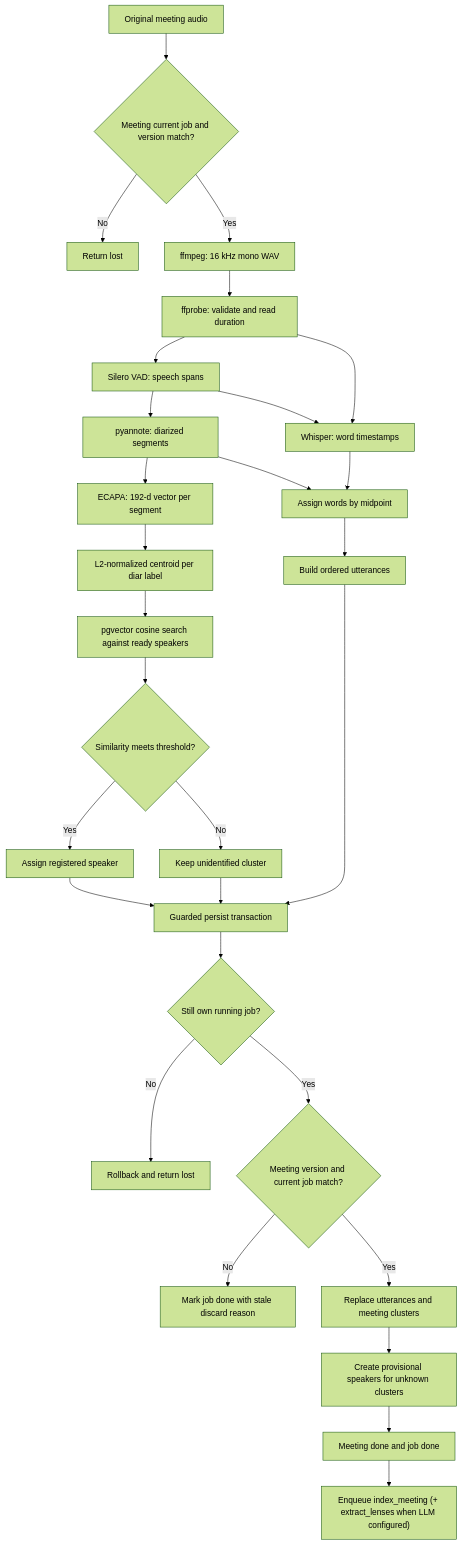
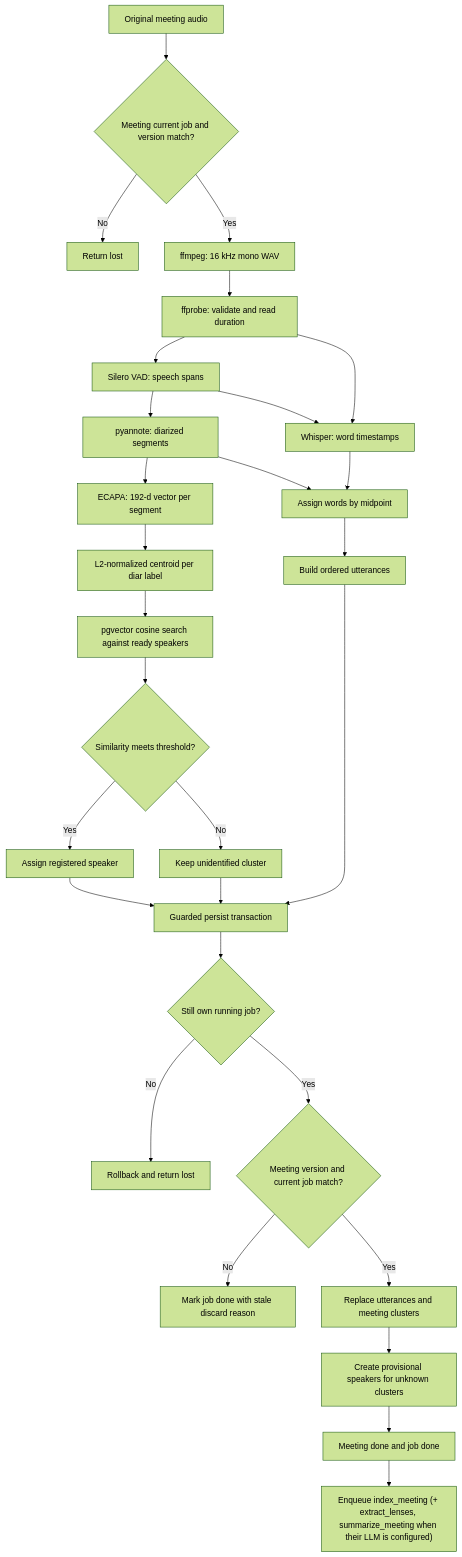
The fourth of 8 diagrams in be/docs/worker-architecture.md (Yjason-K/Damwha), drawn with Mermaid (forest theme) before and after one commit. The commit also changed other lines of this file and 2 other files, not shown here.

First line of the commit message:
docs: summarize_meeting 잡과 요약 불변식 기록

````diff
--- a/be/docs/worker-architecture.md
+++ b/be/docs/worker-architecture.md
@@ -217,33 +221,33 @@
 ```mermaid
 flowchart TD
     input["Original meeting audio"] --> guardStart{"Meeting current job and version match?"}
     guardStart -->|"No"| lost["Return lost"]
     guardStart -->|"Yes"| normalize["ffmpeg: 16 kHz mono WAV"]
     normalize --> probe["ffprobe: validate and read duration"]
     probe --> vad["Silero VAD: speech spans"]
     vad --> diar["pyannote: diarized segments"]
     diar --> ecapa["ECAPA: 192-d vector per segment"]
     ecapa --> centroid["L2-normalized centroid per diar label"]
     centroid --> identify["pgvector cosine search against ready speakers"]
     identify --> matched{"Similarity meets threshold?"}
     matched -->|"Yes"| known["Assign registered speaker"]
     matched -->|"No"| unknown["Keep unidentified cluster"]
 
     probe --> stt["Whisper: word timestamps"]
     vad --> stt
     diar --> align["Assign words by midpoint"]
     stt --> align
     align --> utterance["Build ordered utterances"]
     known --> persist["Guarded persist transaction"]
     unknown --> persist
     utterance --> persist
 
     persist --> jobGuard{"Still own running job?"}
     jobGuard -->|"No"| rollback["Rollback and return lost"]
     jobGuard -->|"Yes"| meetingGuard{"Meeting version and current job match?"}
     meetingGuard -->|"No"| stale["Mark job done with stale discard reason"]
     meetingGuard -->|"Yes"| replace["Replace utterances and meeting clusters"]
     replace --> provisional["Create provisional speakers for unknown clusters"]
     provisional --> complete["Meeting done and job done"]
-    complete --> enqueueIndex["Enqueue index_meeting (+ extract_lenses when LLM configured)"]
+    complete --> enqueueIndex["Enqueue index_meeting (+ extract_lenses, summarize_meeting when their LLM is configured)"]
 ```
````
